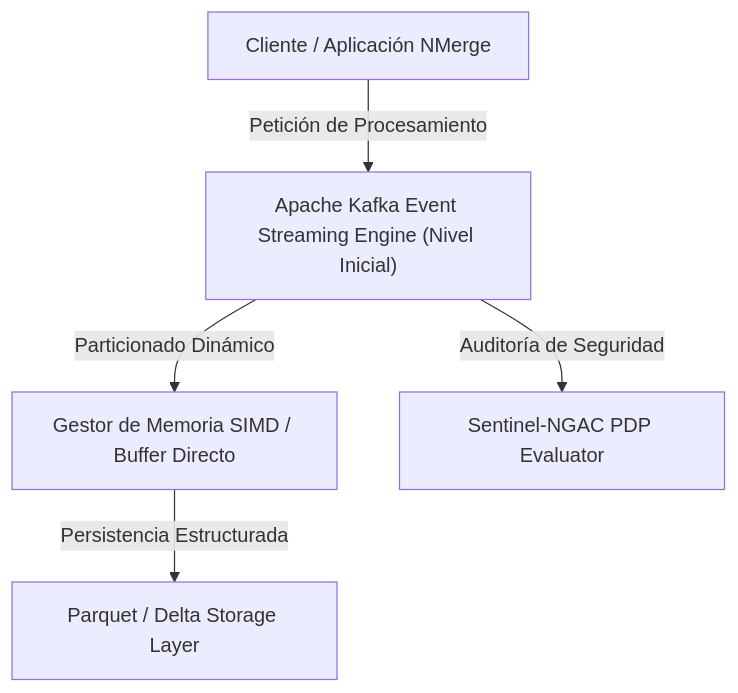
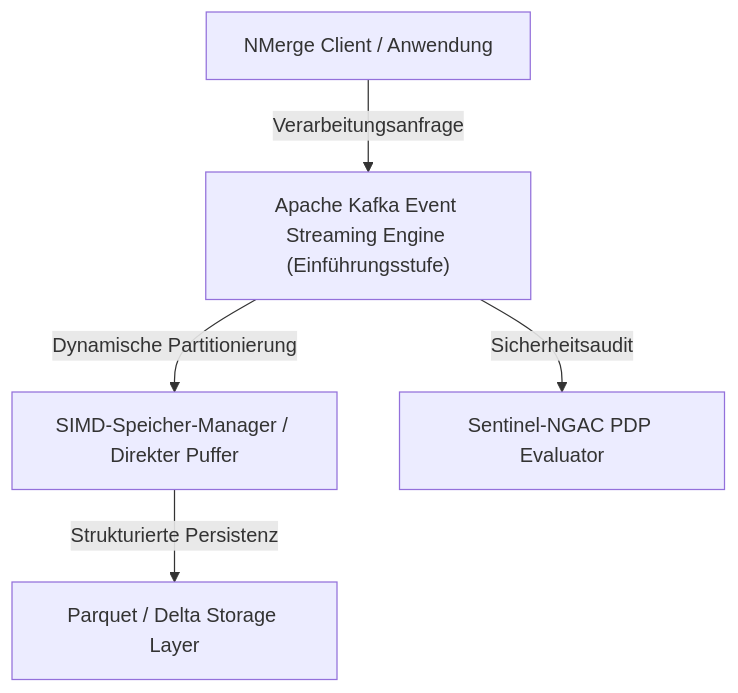
The diagram in public/docs/de/datascience_kafka.md (gjpierp/nmergeia), drawn with Mermaid before and after one commit. The commit also changed other lines of this file and 182 other files, not shown here.

Commit message:
fix(i18n): sincronizar claves de menú i18n para los 7 idiomas, traducir diagramas Mermaid y agregar fallback a español contra 404 de Vite

````diff
--- a/public/docs/de/datascience_kafka.md
+++ b/public/docs/de/datascience_kafka.md
@@ -16,7 +16,7 @@
 ```mermaid
 flowchart TD
-    A["Cliente / Aplicación NMerge"] -->|Petición de Procesamiento| B["Apache Kafka Event Streaming Engine (Nivel Inicial)"]
-    B -->|Particionado Dinámico| C["Gestor de Memoria SIMD / Buffer Directo"]
-    C -->|Persistencia Estructurada| D["Parquet / Delta Storage Layer"]
-    B -->|Auditoría de Seguridad| E["Sentinel-NGAC PDP Evaluator"]
+    A["NMerge Client / Anwendung"] -->|Verarbeitungsanfrage| B["Apache Kafka Event Streaming Engine (Einführungsstufe)"]
+    B -->|Dynamische Partitionierung| C["SIMD-Speicher-Manager / Direkter Puffer"]
+    C -->|Strukturierte Persistenz| D["Parquet / Delta Storage Layer"]
+    B -->|Sicherheitsaudit| E["Sentinel-NGAC PDP Evaluator"]
 ```
````
